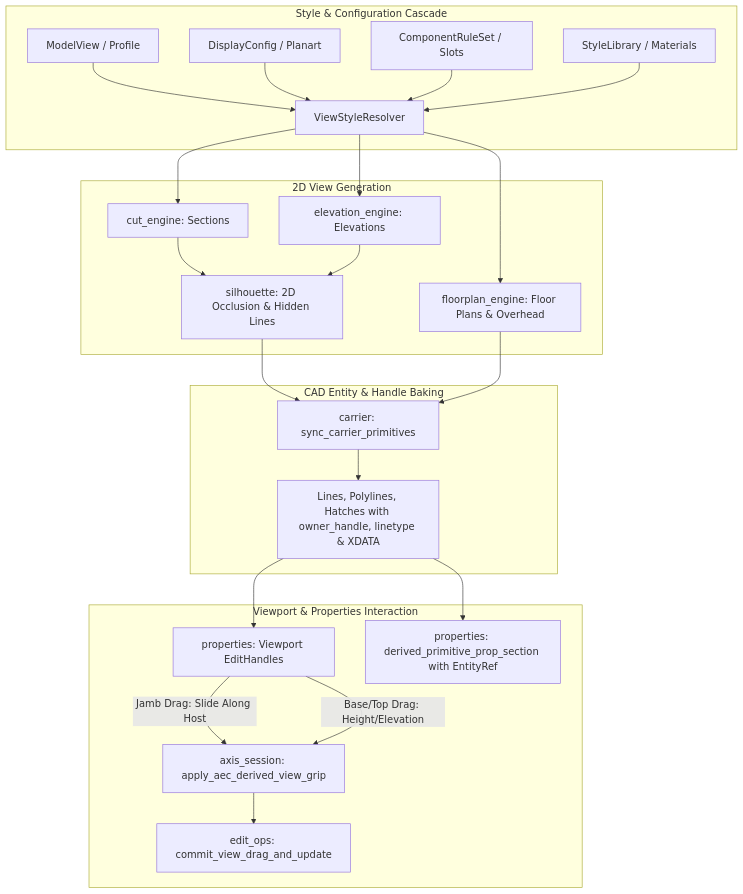
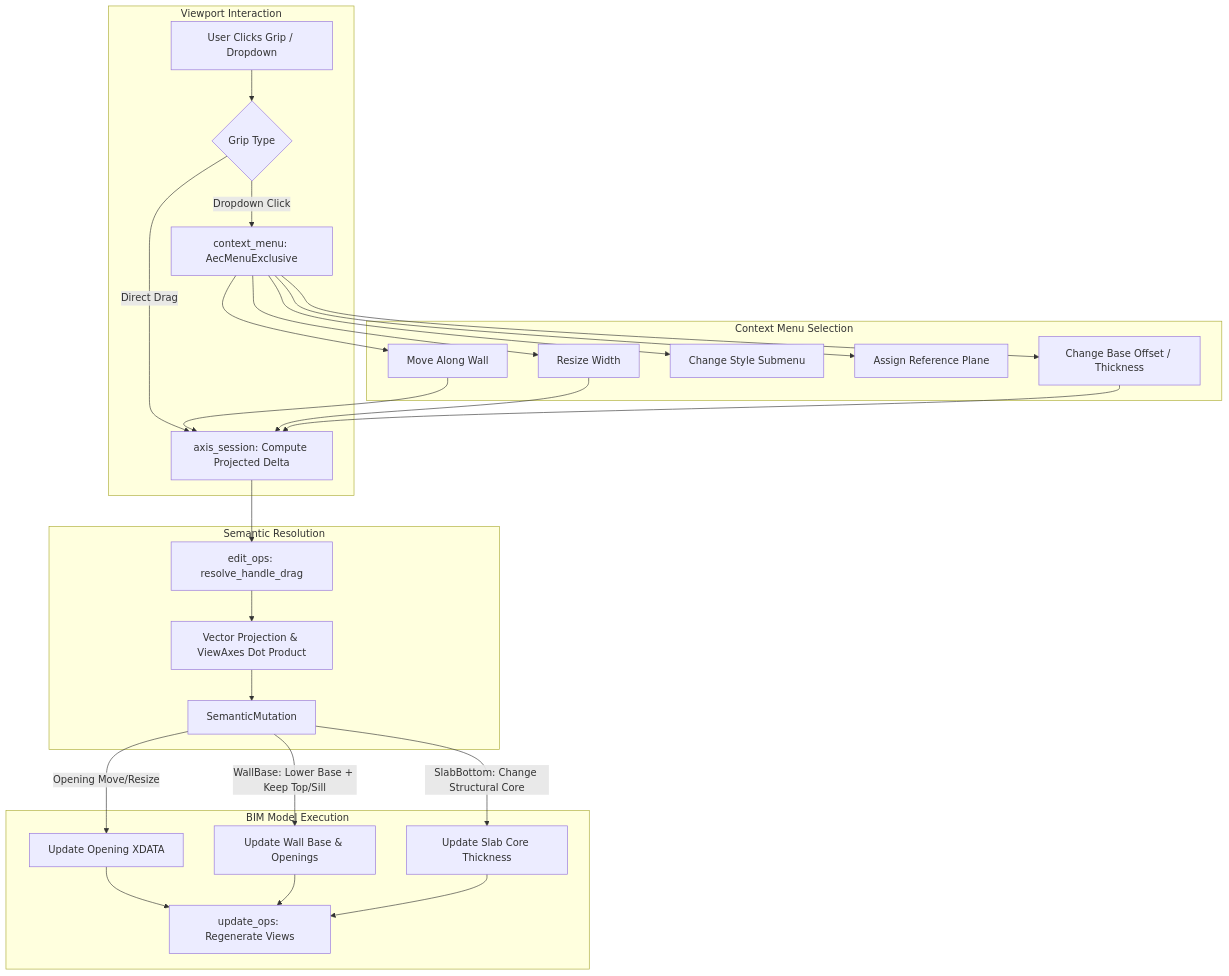
Before and after one commit to thkuhn/OpenCADStudio: the diagram in .junie/plans/continue-derived-views-and-sections.md, drawn with Mermaid. The commit also changed other lines of this file and 11 other files, not shown here.

Commit message:
docs(aec): Aktualisierung des Interaktionsplans und CAD-Beispieldateien

````diff
--- a/.junie/plans/continue-derived-views-and-sections.md
+++ b/.junie/plans/continue-derived-views-and-sections.md
@@ -143,31 +135,34 @@
 ```mermaid
 graph TD
-  subgraph Style & Configuration Cascade
-    MV[ModelView / Profile] --> Resolver[ViewStyleResolver]
-    DC[DisplayConfig / Planart] --> Resolver
-    Rules[ComponentRuleSet / Slots] --> Resolver
-    Lib[StyleLibrary / Materials] --> Resolver
+  subgraph Viewport Interaction
+    UserClick[User Clicks Grip / Dropdown] --> CheckType{Grip Type}
+    CheckType -->|Direct Drag| DragSession[axis_session: Compute Projected Delta]
+    CheckType -->|Dropdown Click| MenuOpen[context_menu: AecMenuExclusive]
   end
 
-  subgraph 2D View Generation
-    Resolver --> CutEng[cut_engine: Sections]
-    Resolver --> FloorEng[floorplan_engine: Floor Plans & Overhead]
-    Resolver --> ElevEng[elevation_engine: Elevations]
-    CutEng --> Sil[silhouette: 2D Occlusion & Hidden Lines]
-    ElevEng --> Sil
+  subgraph Context Menu Selection
+    MenuOpen --> OptMove[Move Along Wall]
+    MenuOpen --> OptResize[Resize Width]
+    MenuOpen --> OptStyle[Change Style Submenu]
+    MenuOpen --> OptPlane[Assign Reference Plane]
+    MenuOpen --> OptOffset[Change Base Offset / Thickness]
+    OptMove --> DragSession
+    OptResize --> DragSession
+    OptOffset --> DragSession
   end
 
-  subgraph CAD Entity & Handle Baking
-    Sil --> CarrierBake[carrier: sync_carrier_primitives]
-    FloorEng --> CarrierBake
-    CarrierBake --> CADEntities[Lines, Polylines, Hatches with owner_handle, linetype & XDATA]
+  subgraph Semantic Resolution
+    DragSession --> Resolve[edit_ops: resolve_handle_drag]
+    Resolve --> CheckWallDir[Vector Projection & ViewAxes Dot Product]
+    CheckWallDir --> Mutate[SemanticMutation]
   end
 
-  subgraph Viewport & Properties Interaction
-    CADEntities --> Grips[properties: Viewport EditHandles]
-    Grips -->|Jamb Drag: Slide Along Host| AxisSession[axis_session: apply_aec_derived_view_grip]
-    Grips -->|Base/Top Drag: Height/Elevation| AxisSession
-    AxisSession --> BIMMutation[edit_ops: commit_view_drag_and_update]
-    CADEntities --> PropPanel[properties: derived_primitive_prop_section with EntityRef]
+  subgraph BIM Model Execution
+    Mutate -->|Opening Move/Resize| ApplyOpening[Update Opening XDATA]
+    Mutate -->|WallBase: Lower Base + Keep Top/Sill| ApplyWall[Update Wall Base & Openings]
+    Mutate -->|SlabBottom: Change Structural Core| ApplySlab[Update Slab Core Thickness]
+    ApplyOpening --> UpdateCarriers[update_ops: Regenerate Views]
+    ApplyWall --> UpdateCarriers
+    ApplySlab --> UpdateCarriers
   end
 ```
````
